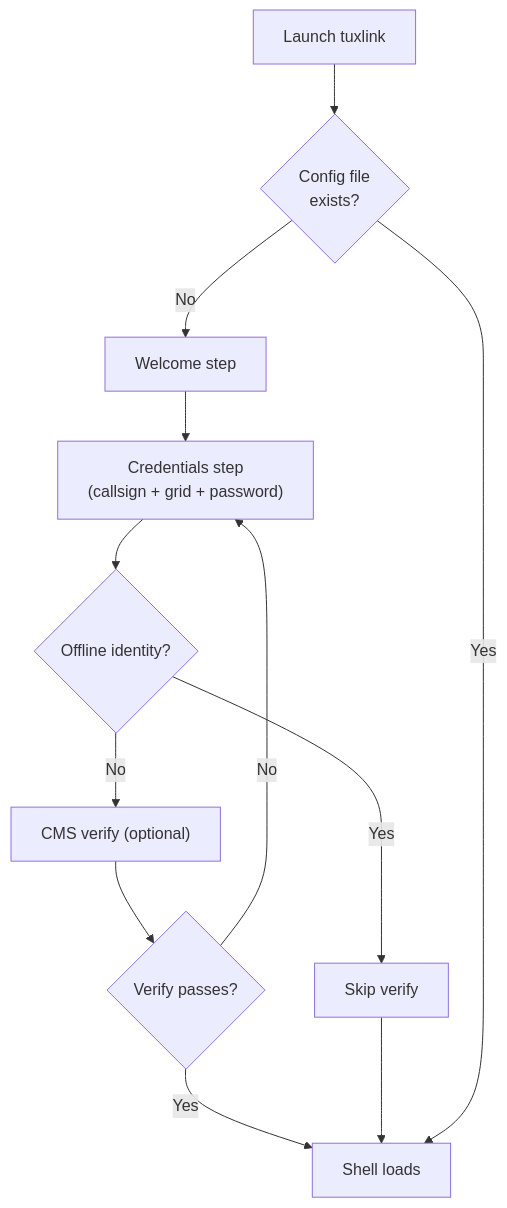
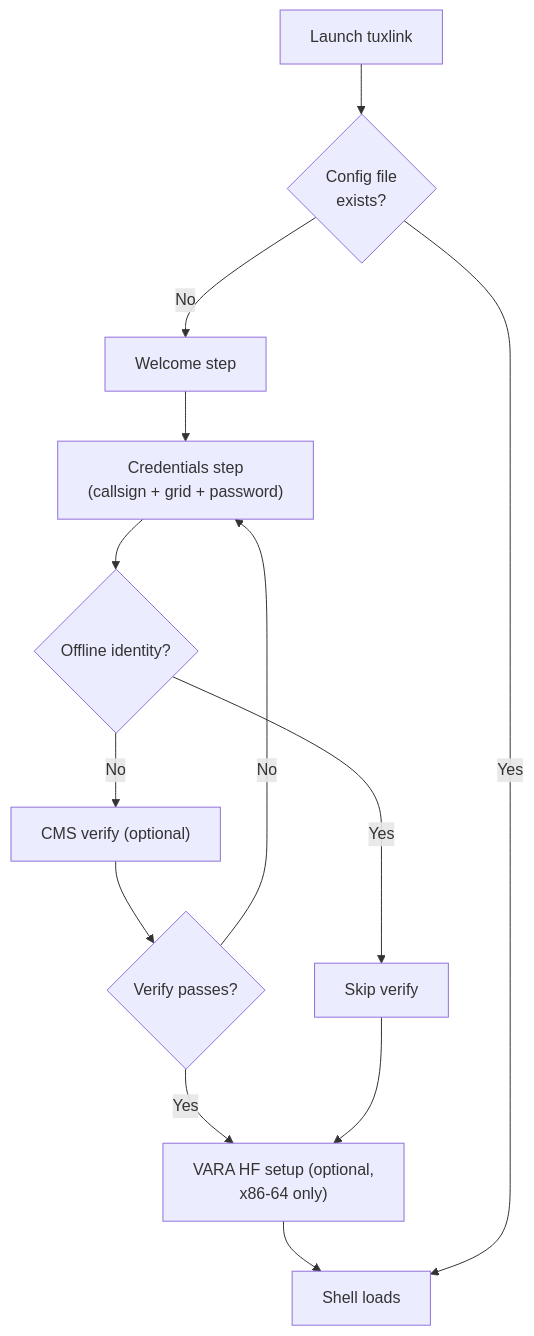
Before and after one commit to cameronzucker/tuxlink: the diagram in docs/user-guide/02-first-launch-wizard.md, drawn with Mermaid. The commit also changed other lines of this file and 9 other files, not shown here.

````diff
--- a/docs/user-guide/02-first-launch-wizard.md
+++ b/docs/user-guide/02-first-launch-wizard.md
@@ -41,20 +56,22 @@
 ```mermaid
 flowchart TD
     A["Launch tuxlink"]
     B{"Config file<br/>exists?"}
     C["Welcome step"]
     D["Credentials step<br/>(callsign + grid + password)"]
     E{"Offline identity?"}
     F["CMS verify (optional)"]
     G{"Verify passes?"}
     H["Skip verify"]
+    V["VARA HF setup (optional,<br/>x86-64 only)"]
     I["Shell loads"]
 
     A --> B
     B -- "No" --> C --> D --> E
     E -- "No" --> F --> G
-    G -- "Yes" --> I
+    G -- "Yes" --> V
     G -- "No" --> D
-    E -- "Yes" --> H --> I
+    E -- "Yes" --> H --> V
+    V --> I
     B -- "Yes" --> I
 ```
````
